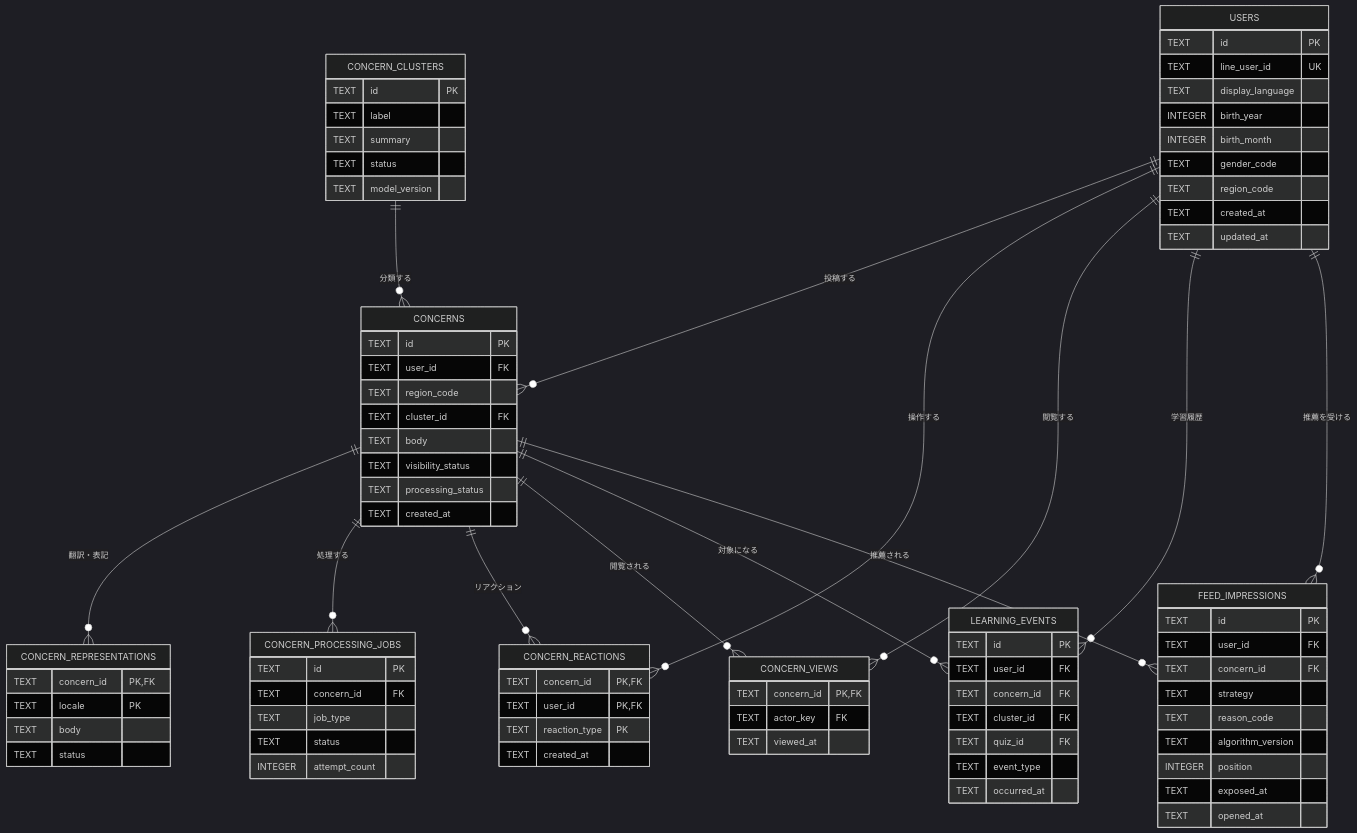
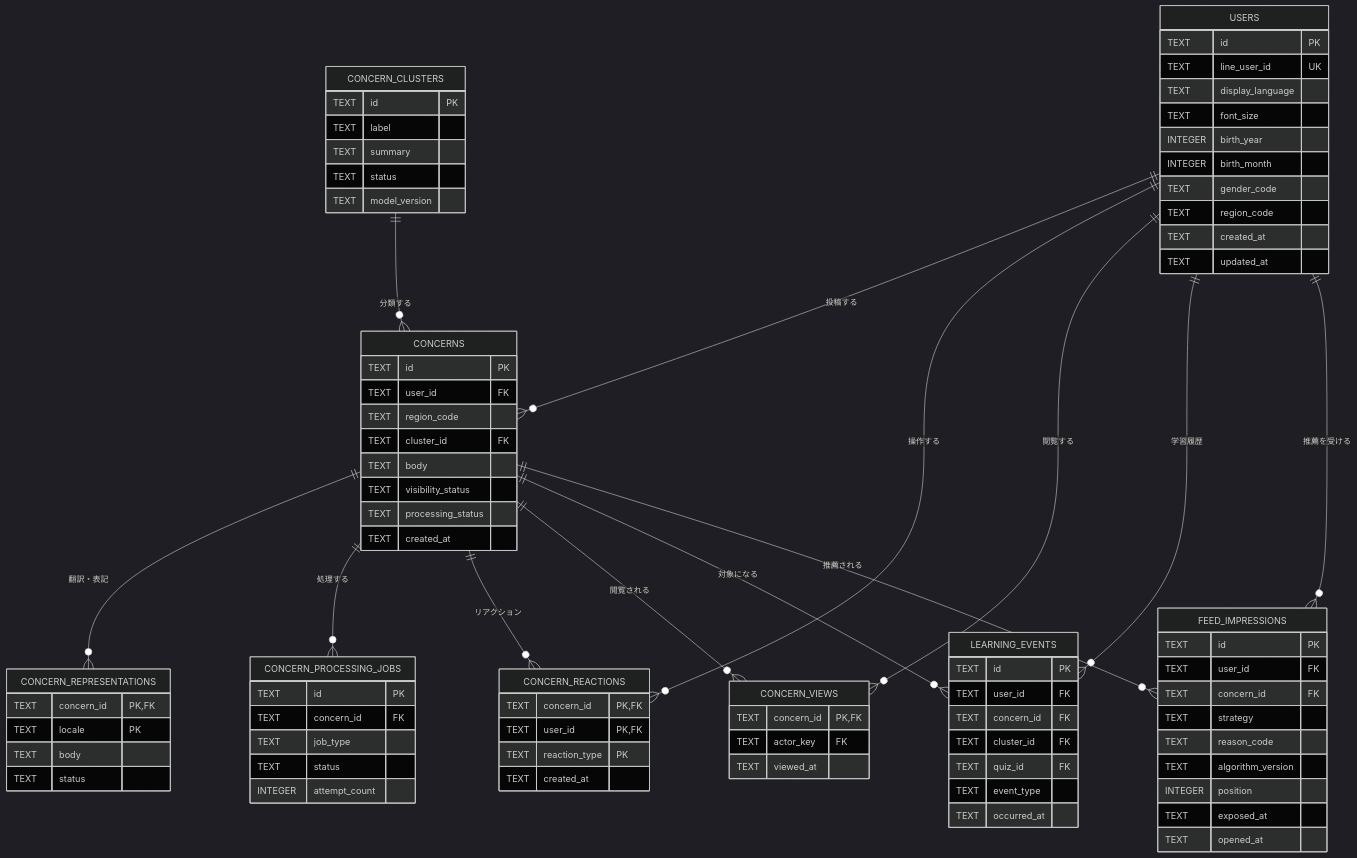
Before and after one commit to Digix00/58-Hackathon-202609: the first of 3 diagrams in docs/technical/database.md, drawn with Mermaid (dark theme). The commit also changed other lines of this file and 27 other files, not shown here.

```diff
--- a/docs/technical/database.md
+++ b/docs/technical/database.md
@@ -76,6 +76,7 @@
     TEXT id PK
     TEXT line_user_id UK
     TEXT display_language
+    TEXT font_size
     INTEGER birth_year
     INTEGER birth_month
     TEXT gender_code
```
